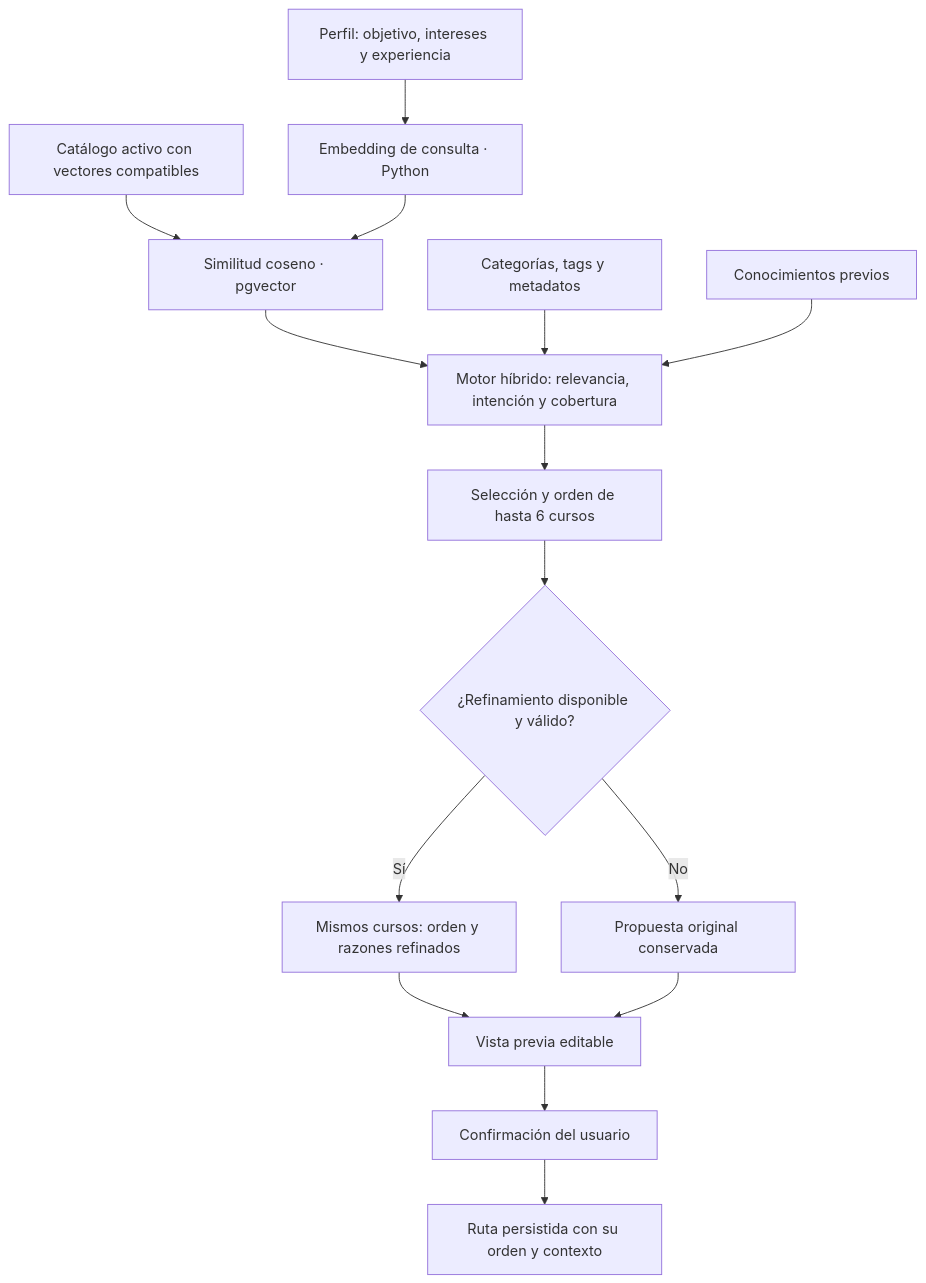
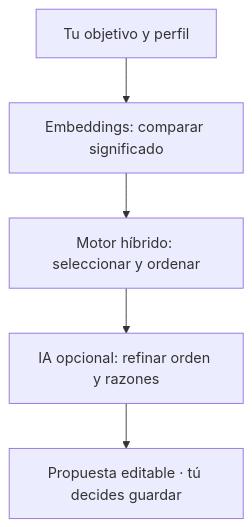
One commit to optarys-dev/learning-path changed the diagram in README.md. Above: the diagram before and after it, drawn with Mermaid. The commit also changed other lines of this file, not shown here.

````diff
--- a/README.md
+++ b/README.md
@@ -72,17 +39,7 @@
 ```mermaid
 flowchart TD
-    A["Perfil: objetivo, intereses y experiencia"] --> B["Embedding de consulta · Python"]
-    C["Catálogo activo con vectores compatibles"] --> D["Similitud coseno · pgvector"]
-    B --> D
-    D --> E["Motor híbrido: relevancia, intención y cobertura"]
-    F["Categorías, tags y metadatos"] --> E
-    G["Conocimientos previos"] --> E
-    E --> H["Selección y orden de hasta 6 cursos"]
-    H --> I{"¿Refinamiento disponible y válido?"}
-    I -->|Sí| J["Mismos cursos: orden y razones refinados"]
-    I -->|No| K["Propuesta original conservada"]
-    J --> L["Vista previa editable"]
-    K --> L
-    L --> M["Confirmación del usuario"]
-    M --> N["Ruta persistida con su orden y contexto"]
+    A["Tu objetivo y perfil"] --> B["Embeddings: comparar significado"]
+    B --> C["Motor híbrido: seleccionar y ordenar"]
+    C --> D["IA opcional: refinar orden y razones"]
+    D --> E["Propuesta editable · tú decides guardar"]
 ```
````
